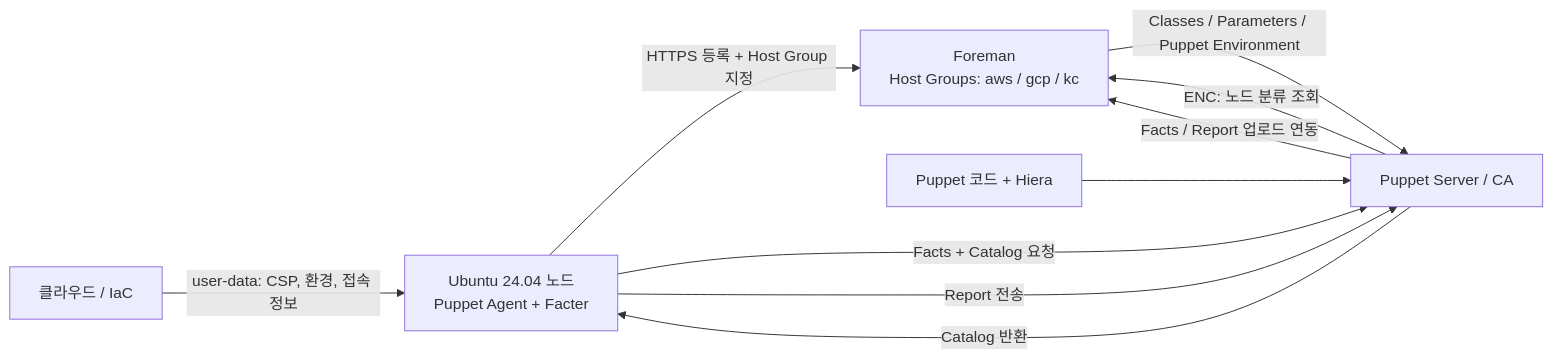
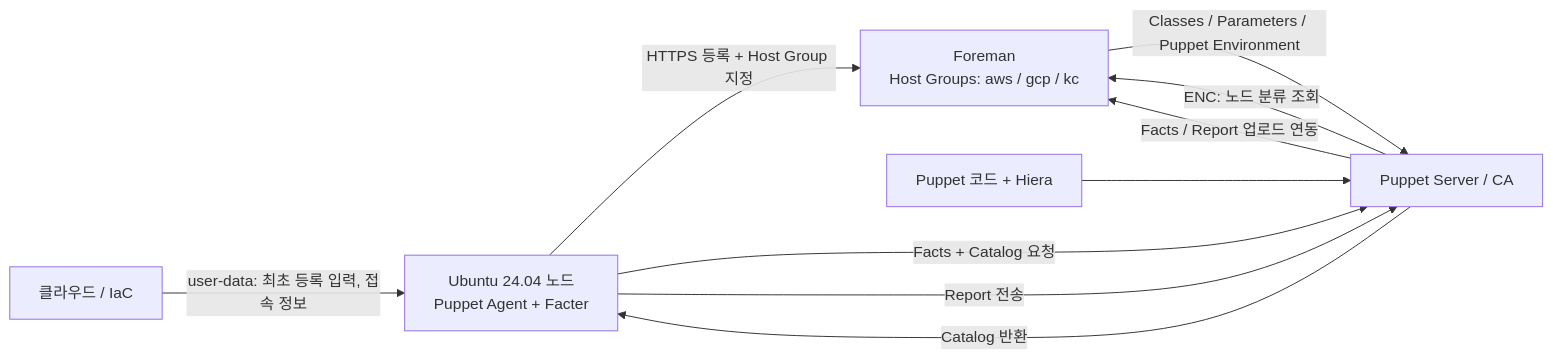
One commit to heyoon2j/y2-devops-lab changed the diagram in foreman-puppet/README.md. Above: the diagram before and after it, drawn with Mermaid. The commit also changed other lines of this file and 19 other files, not shown here.

````diff
--- a/foreman-puppet/README.md
+++ b/foreman-puppet/README.md
@@ -164,12 +164,12 @@
 ```mermaid
 flowchart LR
-    I["클라우드 / IaC"] -->|"user-data: CSP, 환경, 접속 정보"| N["Ubuntu 24.04 노드\nPuppet Agent + Facter"]
+    I["클라우드 / IaC"] -->|"user-data: 최초 등록 입력, 접속 정보"| N["Ubuntu 24.04 노드\nPuppet Agent + Facter"]
     N -->|"HTTPS 등록 + Host Group 지정"| F["Foreman\nHost Groups: aws / gcp / kc"]
     N -->|"Facts + Catalog 요청"| P["Puppet Server / CA"]
     P -->|"ENC: 노드 분류 조회"| F
     F -->|"Classes / Parameters / Puppet Environment"| P
     P -->|"Catalog 반환"| N
     N -->|"Report 전송"| P
     P -->|"Facts / Report 업로드 연동"| F
     C["Puppet 코드 + Hiera"] --> P
 ```
````
